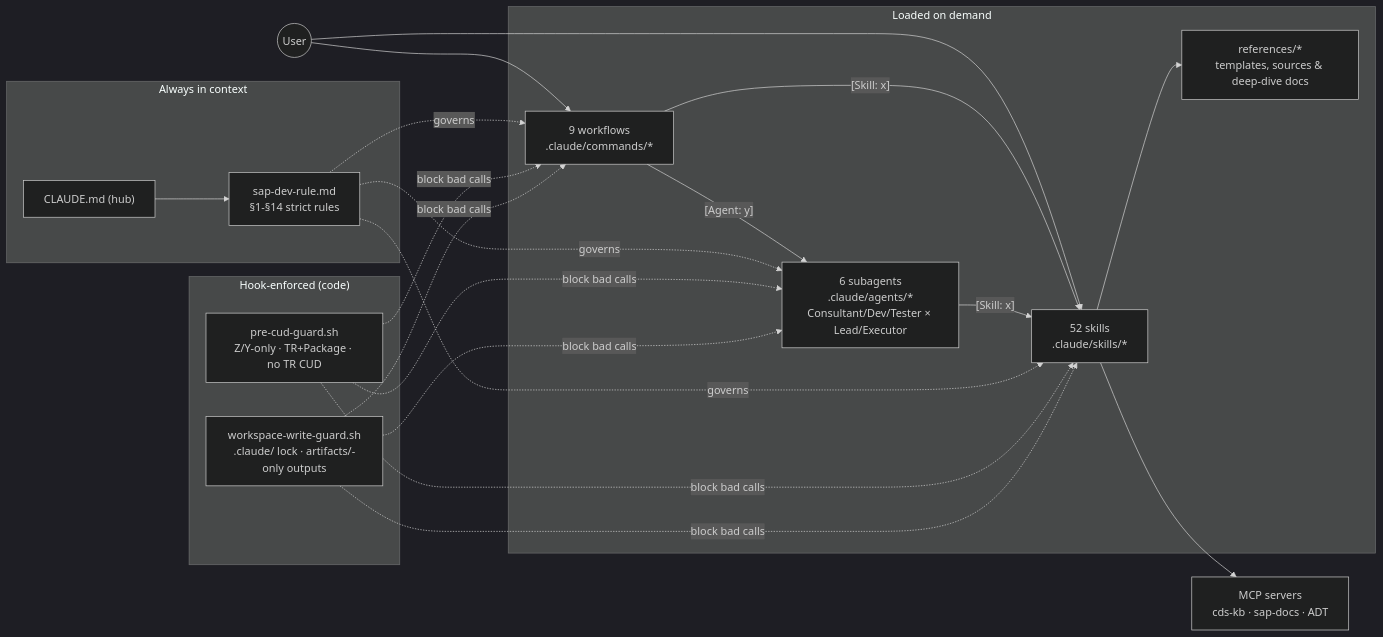
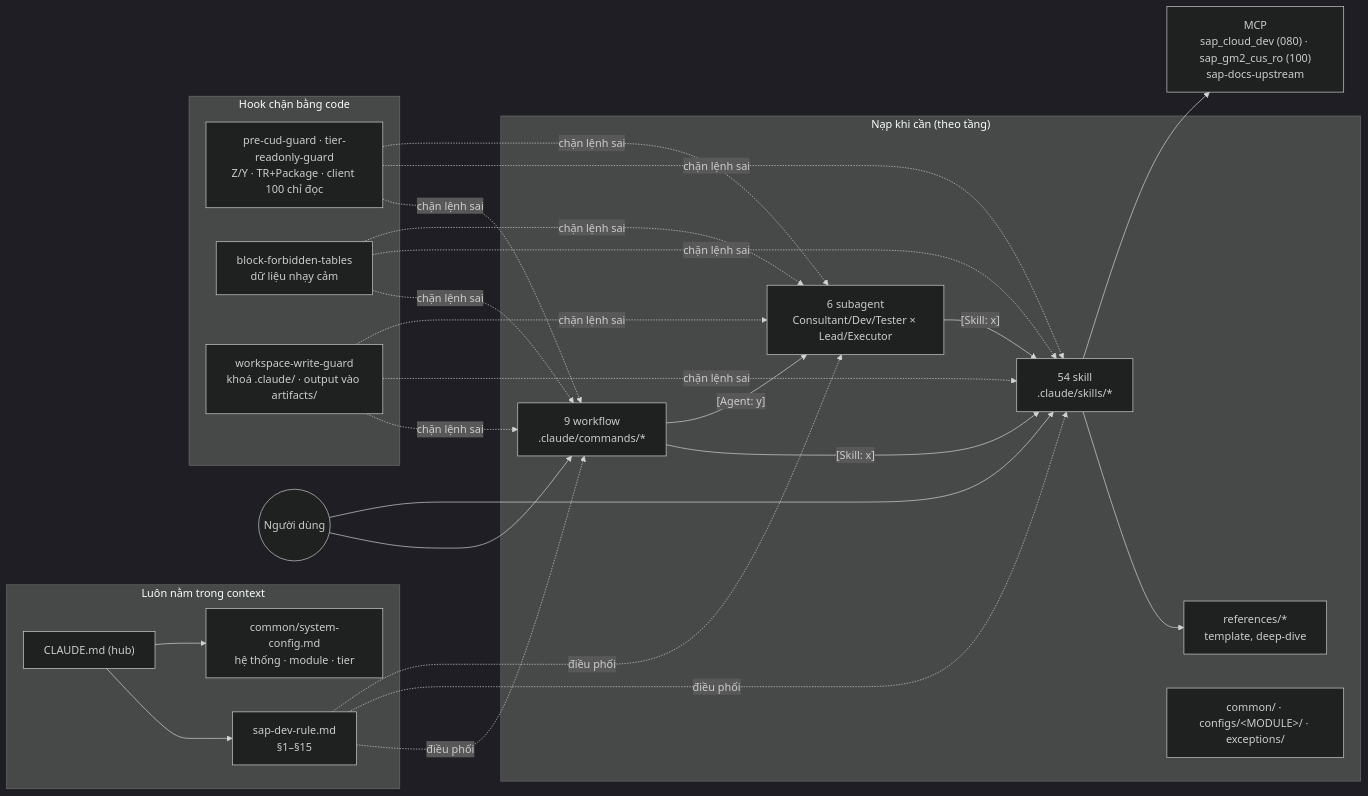
The first of 2 diagrams in README.md (kienannh0403/sap_cloud_ai_workspace), drawn with Mermaid (dark theme) before and after one commit. The commit also changed other lines of this file, not shown here.

First line of the commit message:
docs: rewrite README in Vietnamese from the current workspace state

````diff
--- a/README.md
+++ b/README.md
@@ -18,23 +30,26 @@
 ```mermaid
 flowchart LR
-    subgraph CTX["Always in context"]
-        CM["CLAUDE.md (hub)"] --> RULE["sap-dev-rule.md<br/>§1-§14 strict rules"]
+    subgraph CTX["Luôn nằm trong context"]
+        CM["CLAUDE.md (hub)"] --> RULE["sap-dev-rule.md<br/>§1–§15"]
+        CM --> CFG["common/system-config.md<br/>hệ thống · module · tier"]
     end
-    subgraph ONDEMAND["Loaded on demand"]
-        SK["52 skills<br/>.claude/skills/*"] --> REF["references/*<br/>templates, sources & deep-dive docs"]
-        WF["9 workflows<br/>.claude/commands/*"]
-        AG["6 subagents<br/>.claude/agents/*<br/>Consultant/Dev/Tester × Lead/Executor"]
+    subgraph ONDEMAND["Nạp khi cần (theo tầng)"]
+        SK["54 skill<br/>.claude/skills/*"] --> REF["references/*<br/>template, deep-dive"]
+        WF["9 workflow<br/>.claude/commands/*"]
+        AG["6 subagent<br/>Consultant/Dev/Tester × Lead/Executor"]
+        LAYER["common/ · configs/&lt;MODULE&gt;/ · exceptions/"]
     end
-    subgraph ENFORCE["Hook-enforced (code)"]
-        H1["pre-cud-guard.sh<br/>Z/Y-only · TR+Package · no TR CUD"]
-        H2["workspace-write-guard.sh<br/>.claude/ lock · artifacts/-only outputs"]
+    subgraph ENFORCE["Hook chặn bằng code"]
+        H1["pre-cud-guard · tier-readonly-guard<br/>Z/Y · TR+Package · client 100 chỉ đọc"]
+        H2["block-forbidden-tables<br/>dữ liệu nhạy cảm"]
+        H3["workspace-write-guard<br/>khoá .claude/ · output vào artifacts/"]
     end
-    USER((User)) --> WF
+    USER((Người dùng)) --> WF
     USER --> SK
     WF -->|"[Skill: x]"| SK
     WF -->|"[Agent: y]"| AG
     AG -->|"[Skill: x]"| SK
-    RULE -.governs.-> WF & SK & AG
-    H1 & H2 -.block bad calls.-> WF & SK & AG
-    SK --> MCP["MCP servers<br/>cds-kb · sap-docs · ADT"]
+    RULE -.điều phối.-> WF & SK & AG
+    H1 & H2 & H3 -.chặn lệnh sai.-> WF & SK & AG
+    SK --> MCP["MCP<br/>sap_cloud_dev (080) · sap_gm2_cus_ro (100)<br/>sap-docs-upstream"]
 ```
````
